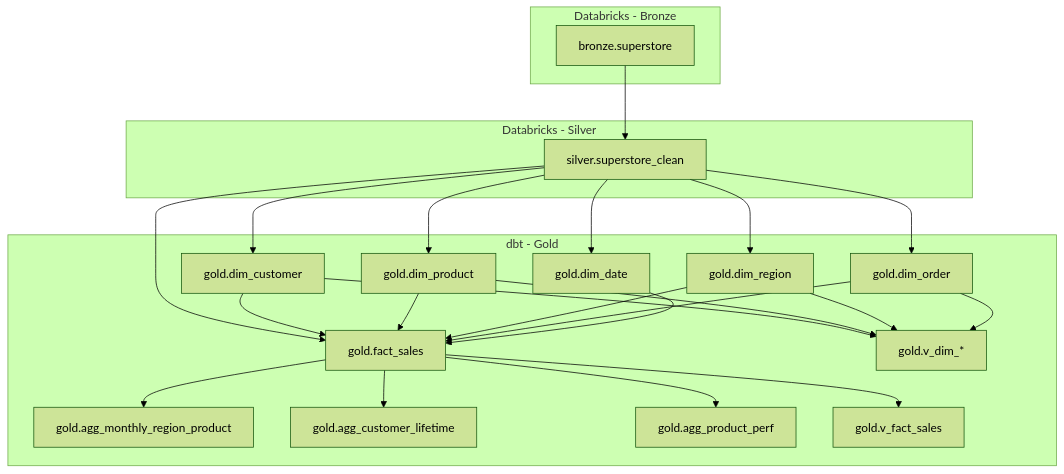
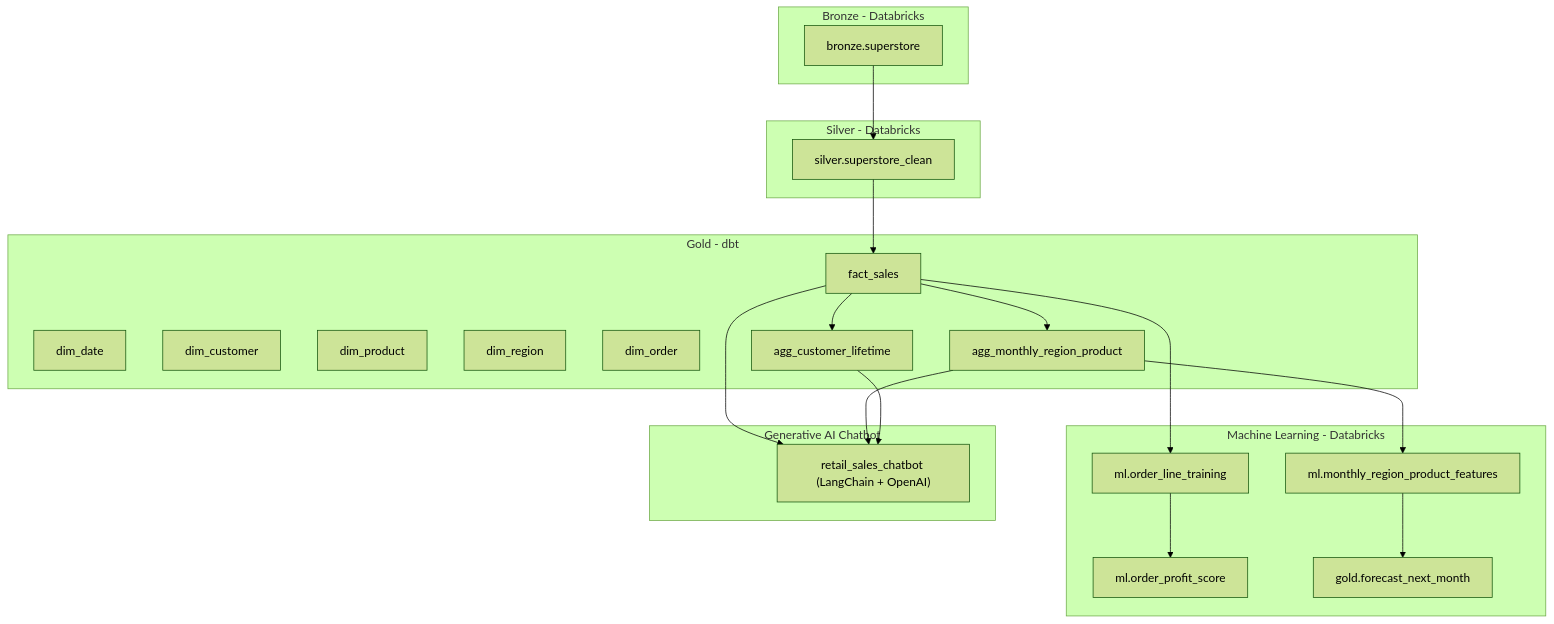
One commit to nalavala999/retail_sales_analytics_and_forecasting changed the diagram in README.md. Above: the diagram before and after it, drawn with Mermaid (forest theme). The commit also changed other lines of this file, not shown here.

````diff
--- a/README.md
+++ b/README.md
@@ -56,52 +57,44 @@
 ```mermaid
 graph TD
-  subgraph Bronze [Databricks - Bronze]
-    b_superstore["bronze.superstore"]
+  subgraph Bronze [Bronze - Databricks]
+    b1["bronze.superstore"]
   end
 
-  subgraph Silver [Databricks - Silver]
-    s_clean["silver.superstore_clean"]
+  subgraph Silver [Silver - Databricks]
+    s1["silver.superstore_clean"]
   end
 
-  subgraph Gold [dbt - Gold]
-    dim_date["gold.dim_date"]
-    dim_customer["gold.dim_customer"]
-    dim_product["gold.dim_product"]
-    dim_region["gold.dim_region"]
-    dim_order["gold.dim_order"]
-    fact_sales["gold.fact_sales"]
-    agg_mrp["gold.agg_monthly_region_product"]
-    agg_cl["gold.agg_customer_lifetime"]
-    agg_pp["gold.agg_product_perf"]
-    v_dims["gold.v_dim_*"]
-    v_fact["gold.v_fact_sales"]
+  subgraph Gold [Gold - dbt]
+    d_date["dim_date"]
+    d_customer["dim_customer"]
+    d_product["dim_product"]
+    d_region["dim_region"]
+    d_order["dim_order"]
+    f_sales["fact_sales"]
+    agg_mrp["agg_monthly_region_product"]
+    agg_cust["agg_customer_lifetime"]
   end
 
-  %% Bronze → Silver
-  b_superstore --> s_clean
+  subgraph ML [Machine Learning - Databricks]
+    m_train["ml.order_line_training"]
+    m_feat["ml.monthly_region_product_features"]
+    m_cls_out["ml.order_profit_score"]
+    m_fcst_out["gold.forecast_next_month"]
+  end
 
-  %% Silver → Dimensions
-  s_clean --> dim_customer
-  s_clean --> dim_product
-  s_clean --> dim_region
-  s_clean --> dim_order
-  s_clean --> dim_date
-  s_clean --> fact_sales
+  subgraph AI [Generative AI Chatbot]
+    bot["retail_sales_chatbot (LangChain + OpenAI)"]
+  end
 
-  %% Dimensions → Fact
-  dim_customer --> fact_sales
-  dim_product  --> fact_sales
-  dim_region   --> fact_sales
-  dim_order    --> fact_sales
-  dim_date     --> fact_sales
-
-  %% Facts → Aggregations / Views
-  fact_sales --> agg_mrp
-  fact_sales --> agg_cl
-  fact_sales --> agg_pp
-  dim_customer --> v_dims
-  dim_product  --> v_dims
-  dim_region   --> v_dims
-  dim_order    --> v_dims
-  fact_sales   --> v_fact
+  b1 --> s1
+  s1 --> f_sales
+  f_sales --> agg_mrp
+  f_sales --> agg_cust
+  agg_mrp --> m_feat
+  f_sales --> m_train
+  m_feat --> m_fcst_out
+  m_train --> m_cls_out
+  f_sales --> bot
+  agg_mrp --> bot
+  agg_cust --> bot
 ```
````
